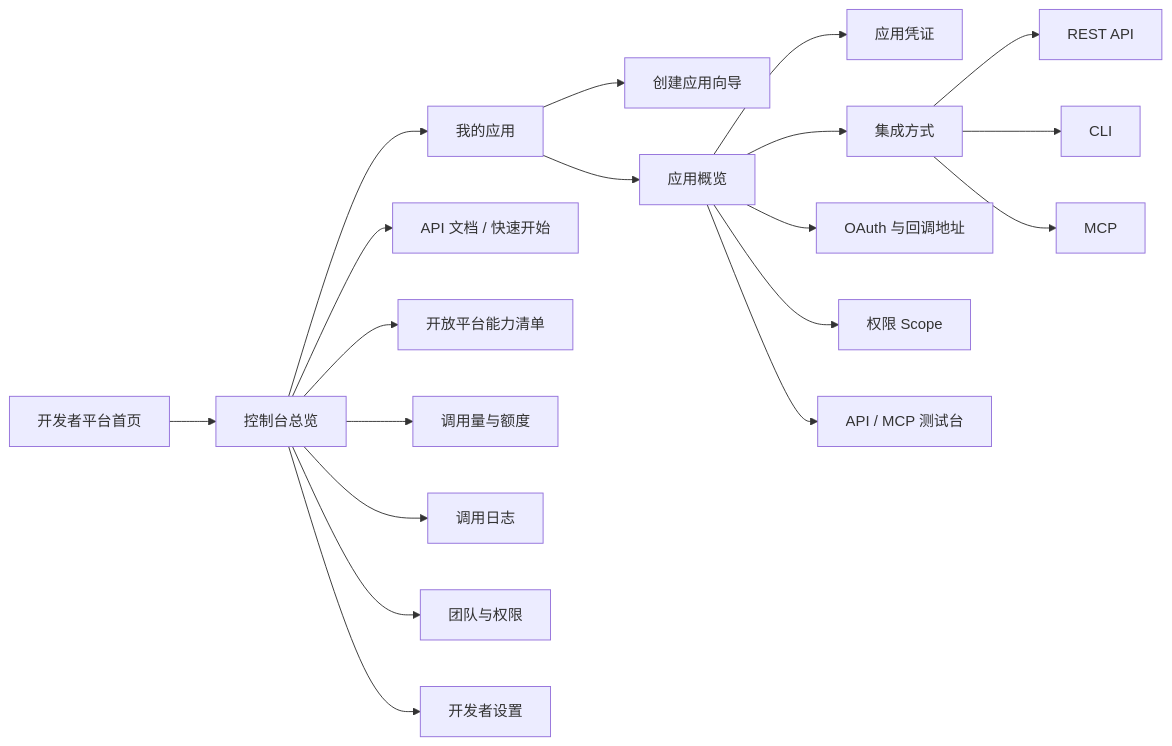
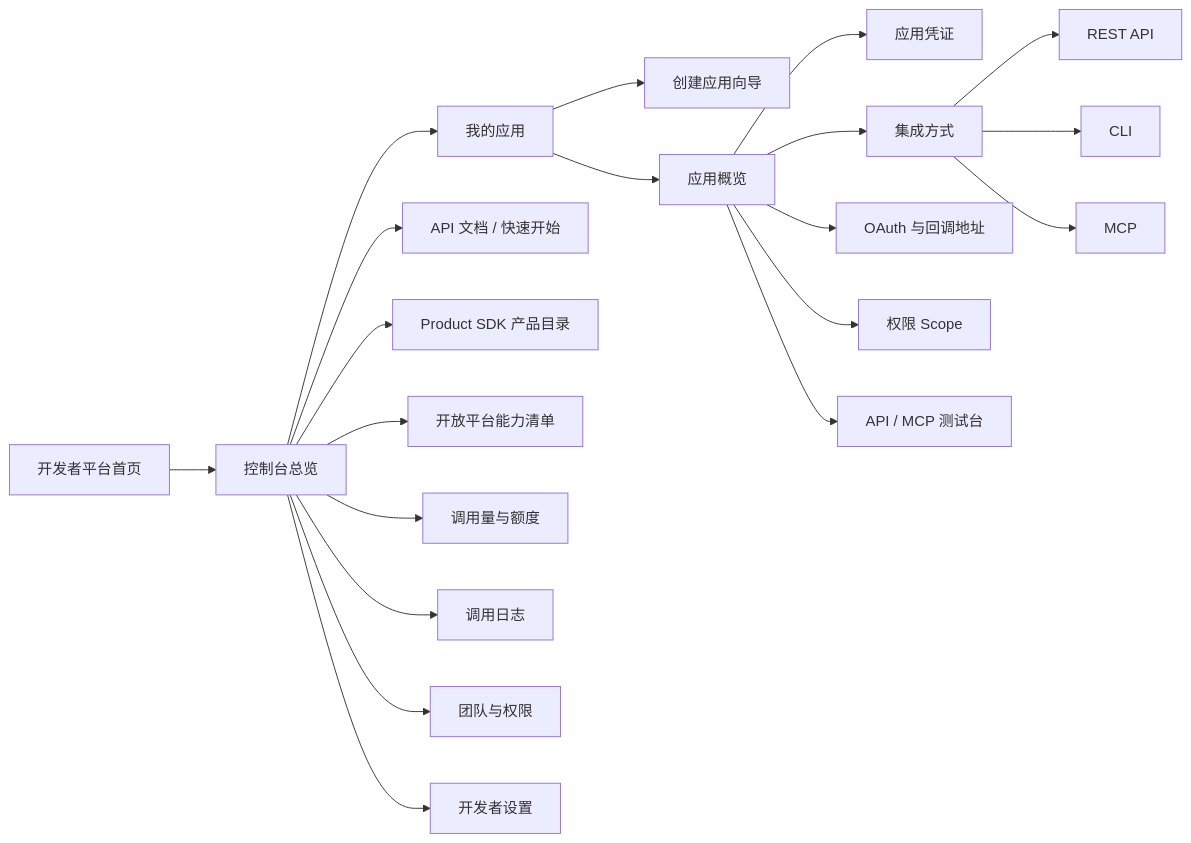
One commit to zhaowenwen6929/cktproduct changed the first of 2 diagrams in docs/创客贴开放平台-开发者中心-PRD.md. Above: the diagram before and after it, drawn with Mermaid. The commit also changed other lines of this file and 2 other files, not shown here.

````diff
--- a/docs/创客贴开放平台-开发者中心-PRD.md
+++ b/docs/创客贴开放平台-开发者中心-PRD.md
@@ -22,21 +22,22 @@
 ```mermaid
 flowchart LR
   A[开发者平台首页] --> B[控制台总览]
   B --> C[我的应用]
   C --> C1[创建应用向导]
   C --> C2[应用概览]
   C2 --> D[应用凭证]
   C2 --> E[集成方式]
   C2 --> F[OAuth 与回调地址]
   C2 --> G[权限 Scope]
   C2 --> H[API / MCP 测试台]
   B --> I[API 文档 / 快速开始]
+  B --> I1[Product SDK 产品目录]
   B --> N[开放平台能力清单]
   B --> J[调用量与额度]
   B --> K[调用日志]
   B --> L[团队与权限]
   B --> M[开发者设置]
   E --> E1[REST API]
   E --> E2[CLI]
   E --> E3[MCP]
 ```
````
